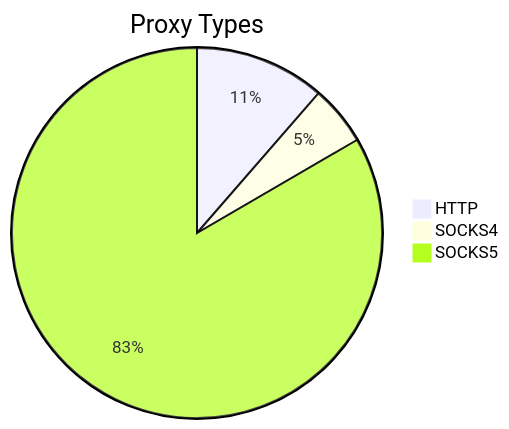
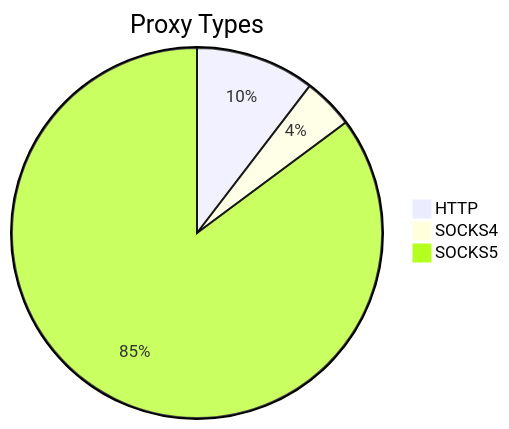
One commit to stormsia/proxy-list changed the first of 2 diagrams in README.md. Above: the diagram before and after it, drawn with Mermaid. The commit also changed other lines of this file, not shown here.

````diff
--- a/README.md
+++ b/README.md
@@ -21,6 +21,6 @@
 ```mermaid
 pie title Proxy Types
-    "HTTP" : 305
-    "SOCKS4" : 140
-    "SOCKS5" : 2233
+    "HTTP" : 226
+    "SOCKS4" : 96
+    "SOCKS5" : 1850
 ```
````
